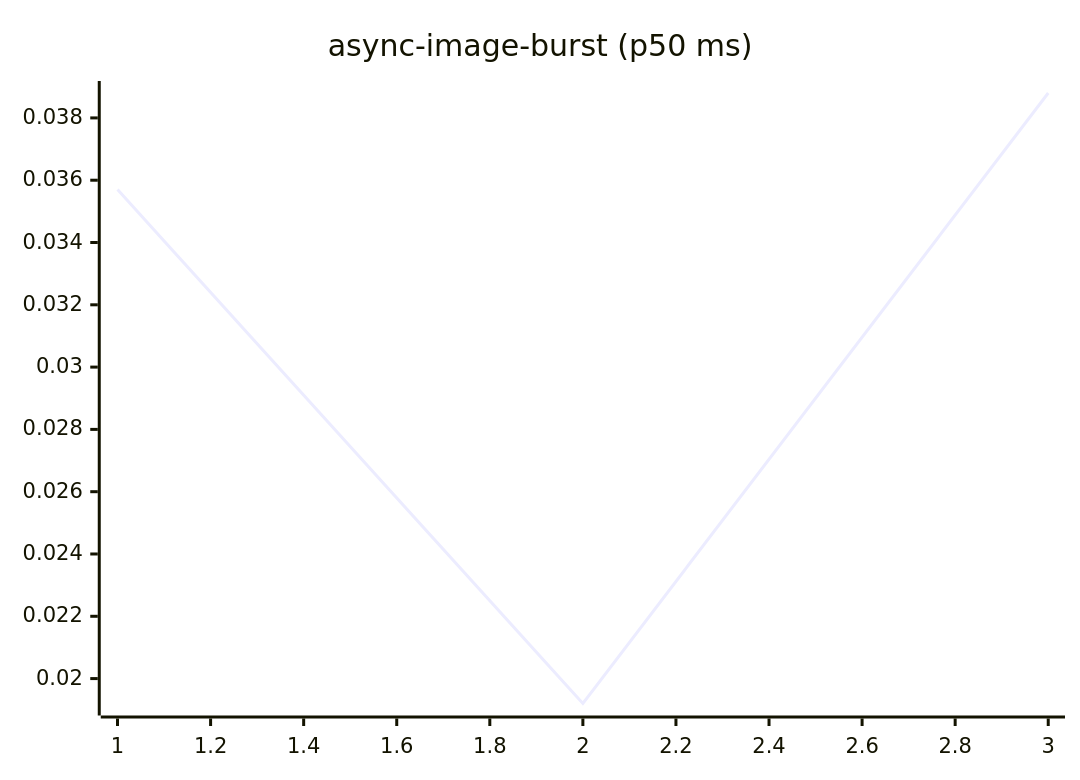
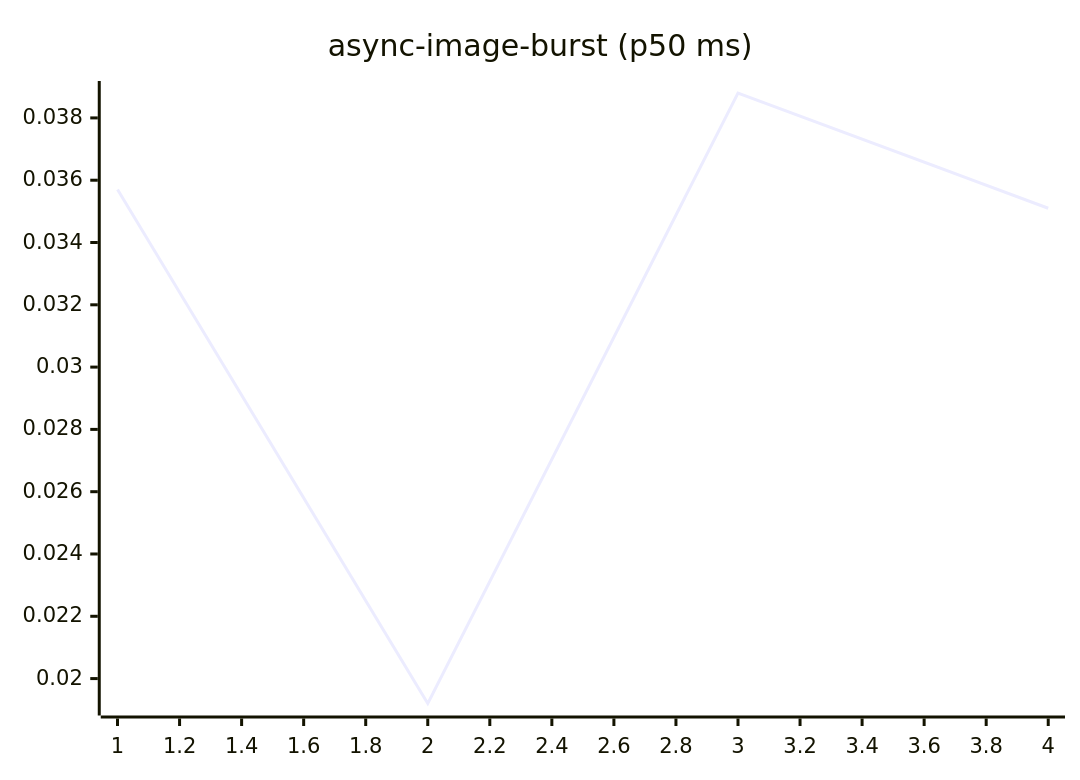
The fourth of 27 diagrams in README.md (josha/Facet), drawn with Mermaid before and after one commit. The commit also changed other lines of this file and 2 other files, not shown here.

````diff
--- a/README.md
+++ b/README.md
@@ -84,6 +84,6 @@
 ```mermaid
 xychart-beta
     title "async-image-burst (p50 ms)"
-    x-axis 1 --> 3
-    line [0.0357, 0.0192, 0.0388]
+    x-axis 1 --> 4
+    line [0.0357, 0.0192, 0.0388, 0.0351]
 ```
````
